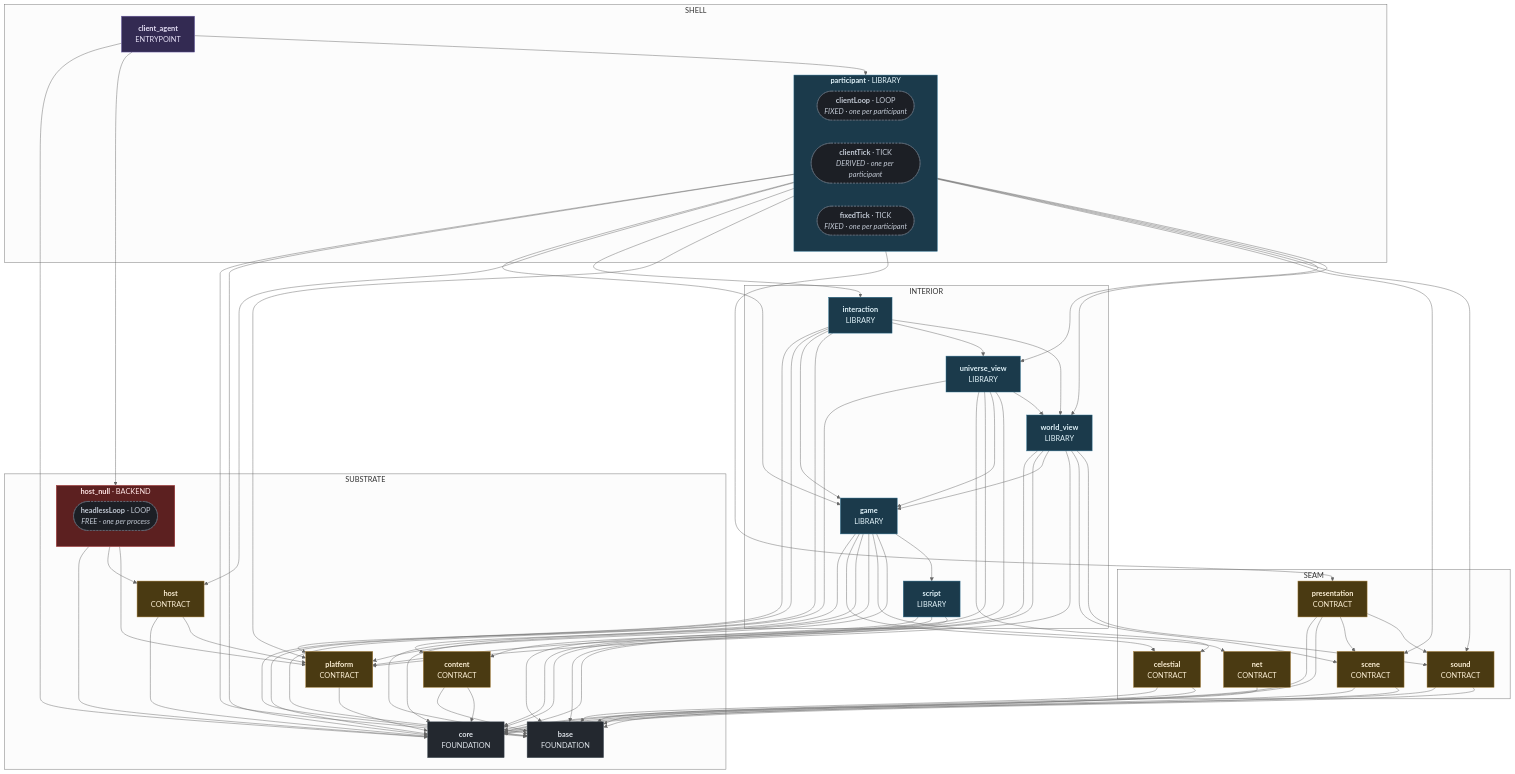
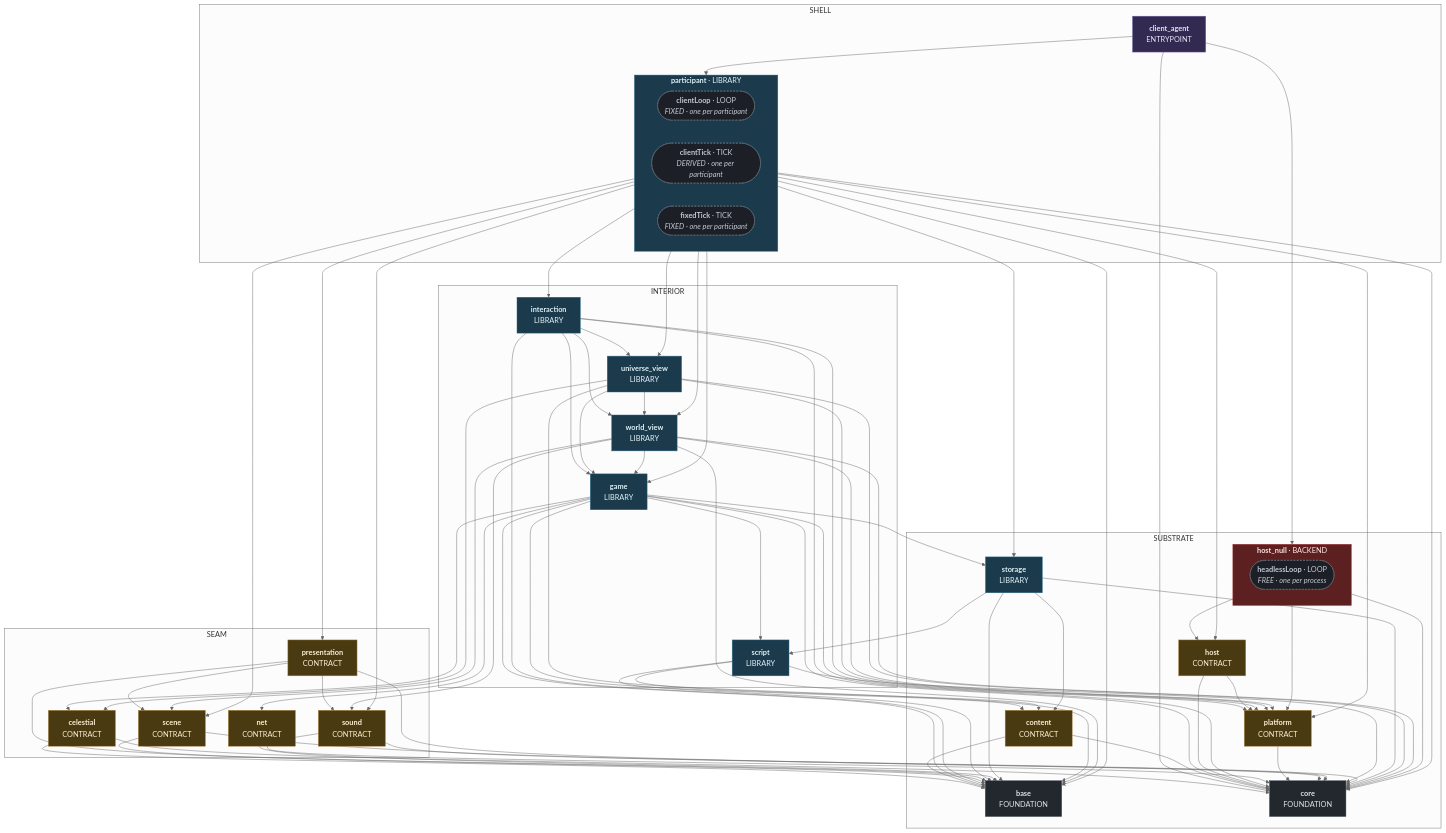
The third of 10 diagrams in docs/superpowers/specs/2026-08-01-sovereign-headless-client-design.md (apnex/OpenStarbound), drawn with Mermaid (neutral theme) before and after one commit. The commit also changed other lines of this file and 3 other files, not shown here.

````diff
--- a/docs/superpowers/specs/2026-08-01-sovereign-headless-client-design.md
+++ b/docs/superpowers/specs/2026-08-01-sovereign-headless-client-design.md
@@ -1392,6 +1401,7 @@
       host_null_headlessLoop(["<b>headlessLoop</b> · LOOP<br/><i>FREE · one per process</i>"])
     end
     platform["<b>platform</b><br/>CONTRACT"]
+    storage["<b>storage</b><br/>LIBRARY"]
   end
   subgraph Z_SEAM ["SEAM"]
     celestial["<b>celestial</b><br/>CONTRACT"]
@@ -1429,6 +1439,7 @@
   game --> net
   game --> platform
   game --> script
+  game --> storage
   host --> core
   host --> platform
   host_null --> core
@@ -1450,6 +1461,7 @@
   participant --> presentation
   participant --> scene
   participant --> sound
+  participant --> storage
   participant --> universe_view
   participant --> world_view
   platform --> core
@@ -1464,6 +1476,10 @@
   script --> core
   sound --> base
   sound --> core
+  storage --> base
+  storage --> content
+  storage --> core
+  storage --> script
   universe_view --> base
   universe_view --> celestial
   universe_view --> core
@@ -1485,7 +1501,7 @@
   class base,core kFoundation
   class celestial,content,host,net,platform,presentation,scene,sound kContract
   class host_null kBackend
-  class game,interaction,participant,script,universe_view,world_view kLibrary
+  class game,interaction,participant,script,storage,universe_view,world_view kLibrary
   class client_agent kEntrypoint
   class host_null_headlessLoop,participant_clientLoop,participant_clientTick,participant_fixedTick kElement
 ```
````
